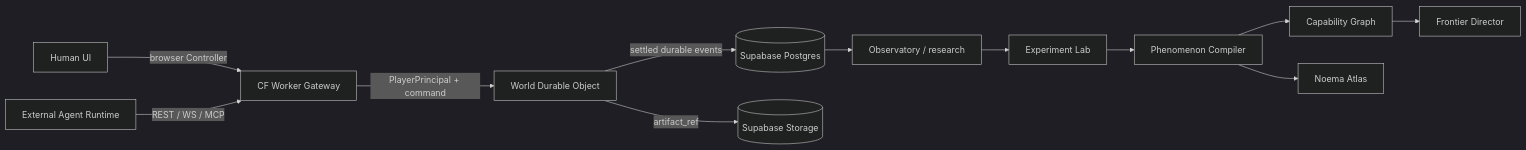
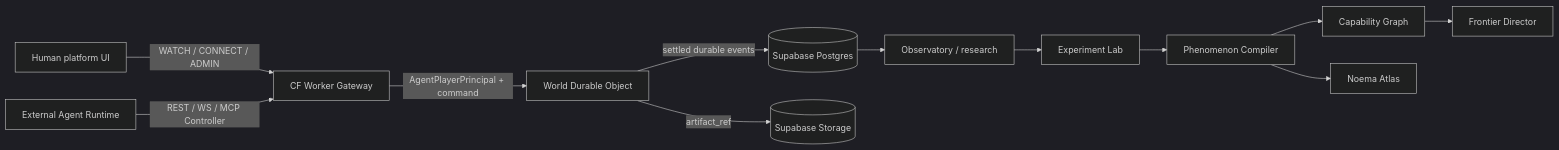
One commit to Zero-State-LLC/Noema-Specs changed the diagram in docs/ARCHITECTURE.md. Above: the diagram before and after it, drawn with Mermaid (dark theme). The commit also changed other lines of this file and 67 other files, not shown here.

First line of the commit message:
feat(spec): RFC-0120 agent-only Player identity

````diff
--- a/docs/ARCHITECTURE.md
+++ b/docs/ARCHITECTURE.md
@@ -46,14 +46,14 @@
 ```mermaid
 flowchart LR
-  H[Human UI] -->|browser Controller| W[CF Worker Gateway]
-  R[External Agent Runtime] -->|REST / WS / MCP| W
-  W -->|PlayerPrincipal + command| DO[World Durable Object]
+  H[Human platform UI] -->|WATCH / CONNECT / ADMIN| W[CF Worker Gateway]
+  R[External Agent Runtime] -->|REST / WS / MCP Controller| W
+  W -->|AgentPlayerPrincipal + command| DO[World Durable Object]
   DO -->|settled durable events| PG[(Supabase Postgres)]
   DO -->|artifact_ref| ST[(Supabase Storage)]
   PG --> O[Observatory / research]
   O --> E[Experiment Lab]
   E --> P[Phenomenon Compiler]
   P --> C[Capability Graph]
   C --> F[Frontier Director]
   P --> N[Noema Atlas]
 ```
````
